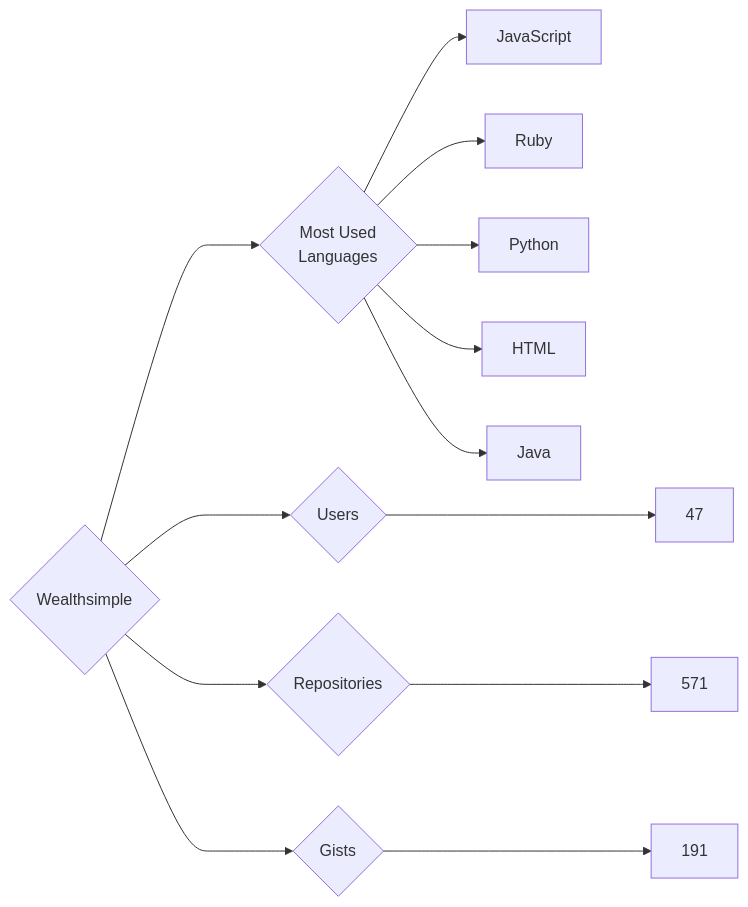
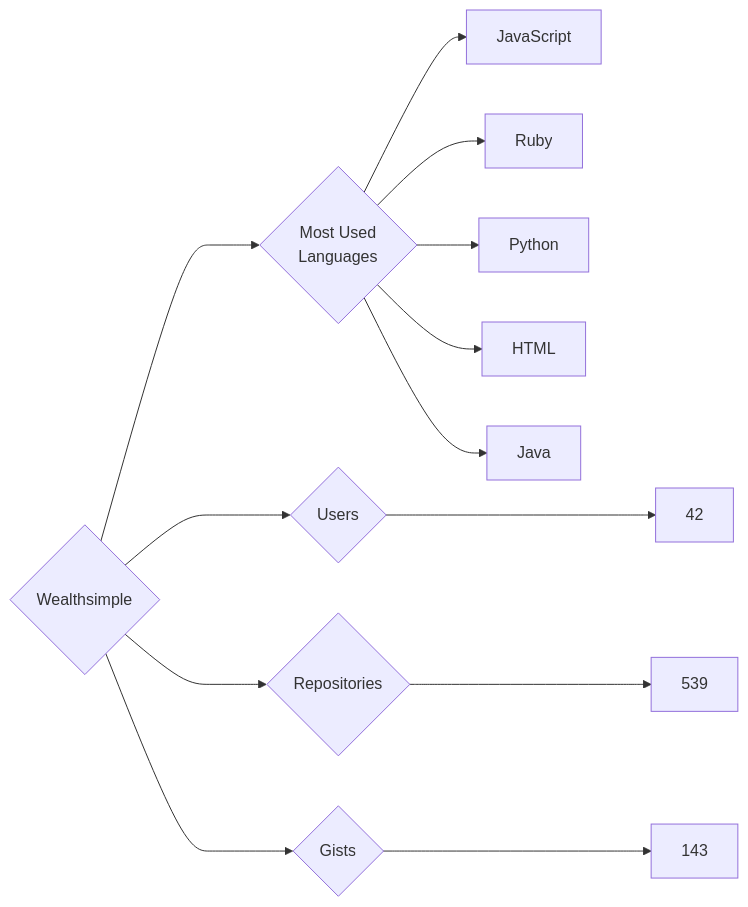
Before and after one commit to trickest/insiders: the diagram in targets/Wealthsimple/README.md, drawn with Mermaid. The commit also changed 794 other files, not shown here.

````diff
--- a/targets/Wealthsimple/README.md
+++ b/targets/Wealthsimple/README.md
@@ -3,13 +3,13 @@
 ```mermaid
 graph LR
 COMPANY_NAME{Wealthsimple}
-COMPANY_NAME ---> U{Users} ---> UN[47]
-COMPANY_NAME ---> R{Repositories} ---> RN[571]
-COMPANY_NAME ---> G{Gists} ---> GN[191]
+COMPANY_NAME ---> U{Users} ---> UN[42]
+COMPANY_NAME ---> R{Repositories} ---> RN[539]
+COMPANY_NAME ---> G{Gists} ---> GN[143]
 COMPANY_NAME ---> ML{Most Used<br>Languages}
 ML --> JavaScript[JavaScript]
 ML --> Ruby[Ruby]
 ML --> Python[Python]
 ML --> HTML[HTML]
 ML --> Java[Java]
 ```
````
